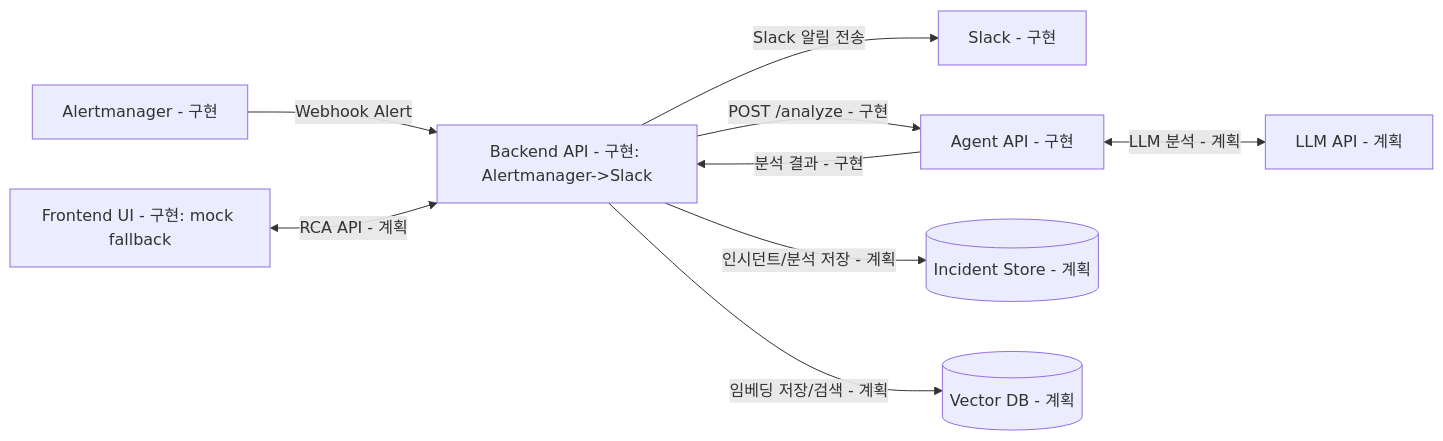
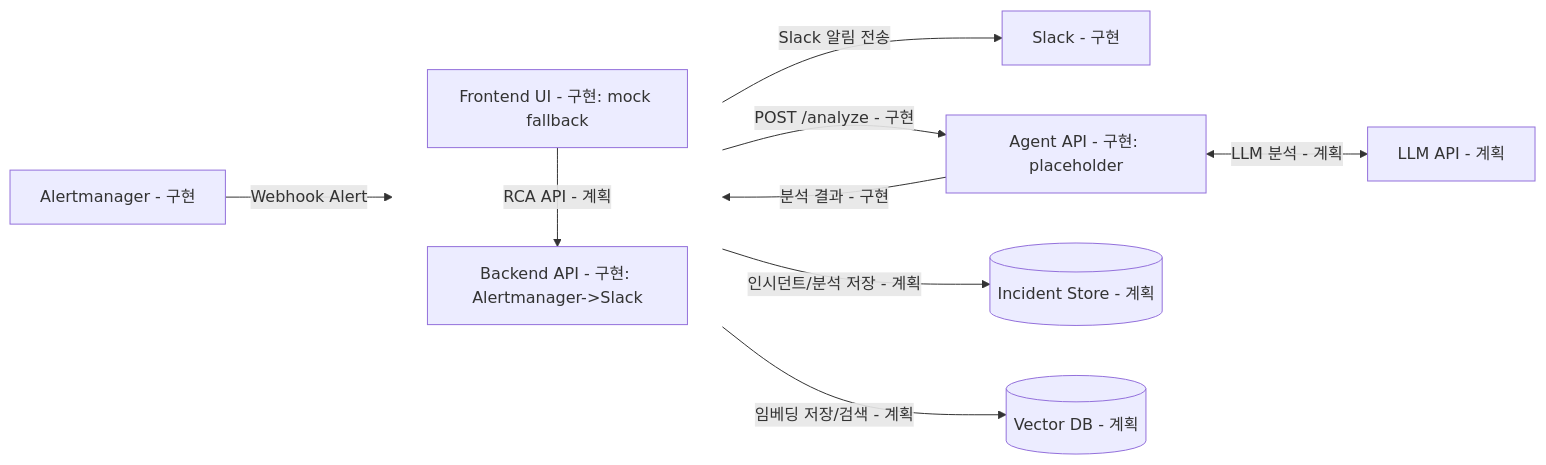
One commit to kube-rca/kuberca changed the diagram in docs/diagrams/system_context_diagram.md. Above: the diagram before and after it, drawn with Mermaid. The commit also changed 1 other file, not shown here.

Commit message:
docs(diagrams): update system context and ERD

````diff
--- a/docs/diagrams/system_context_diagram.md
+++ b/docs/diagrams/system_context_diagram.md
@@ -1,26 +1,31 @@
 ```mermaid
 flowchart LR
   %% External
   AM[Alertmanager - 구현]
   SL[Slack - 구현]
   LLM[LLM API - 계획]
 
   %% Internal
-  FE[Frontend UI - 구현: mock fallback]
-  BE[Backend API - 구현: Alertmanager->Slack]
-  AG[Agent API - 구현]
+  subgraph Core[" "]
+    direction TB
+    FE[Frontend UI - 구현: mock fallback]
+    BE[Backend API - 구현: Alertmanager->Slack]
+  end
+  style Core fill:transparent,stroke:transparent
+
+  AG[Agent API - 구현: placeholder]
   DB[(Incident Store - 계획)]
   VDB[(Vector DB - 계획)]
 
   AM -->|Webhook Alert| BE
   BE -->|Slack 알림 전송| SL
 
   BE -->|POST /analyze - 구현| AG
   AG -->|분석 결과 - 구현| BE
   AG <--> |LLM 분석 - 계획| LLM
 
   BE -->|인시던트/분석 저장 - 계획| DB
   BE -->|임베딩 저장/검색 - 계획| VDB
 
-  FE <--> |RCA API - 계획| BE
+  FE -->|RCA API - 계획| BE
 ```
````
